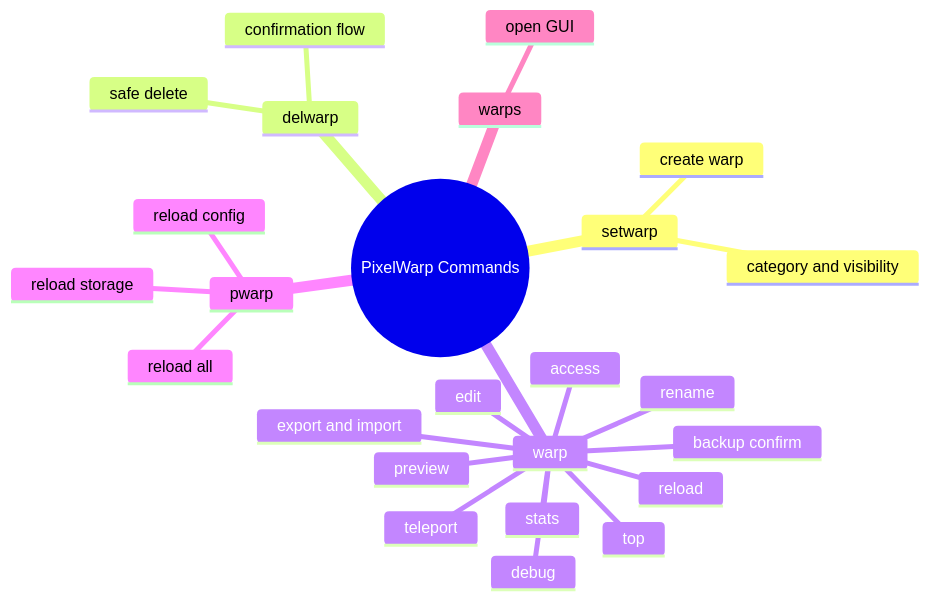
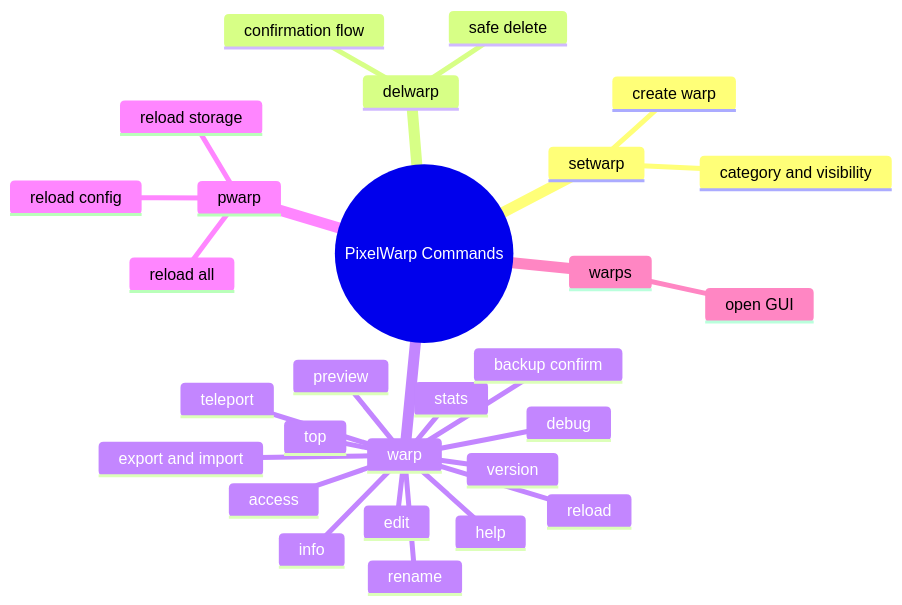
The second of 2 diagrams in README.md (PGGAMER9911/PixelWarp), drawn with Mermaid before and after one commit. The commit also changed other lines of this file and 50 other files, not shown here.

````diff
--- a/README.md
+++ b/README.md
@@ -70,28 +81,31 @@
 ```mermaid
 mindmap
   root((PixelWarp Commands))
     setwarp
       create warp
       category and visibility
     delwarp
       confirmation flow
       safe delete
     warp
+      help
+      info
+      version
       teleport
       preview
       stats
       top
       edit
       rename
       access
       export and import
       debug
       reload
       backup confirm
     pwarp
       reload config
       reload storage
       reload all
     warps
       open GUI
 ```
````
